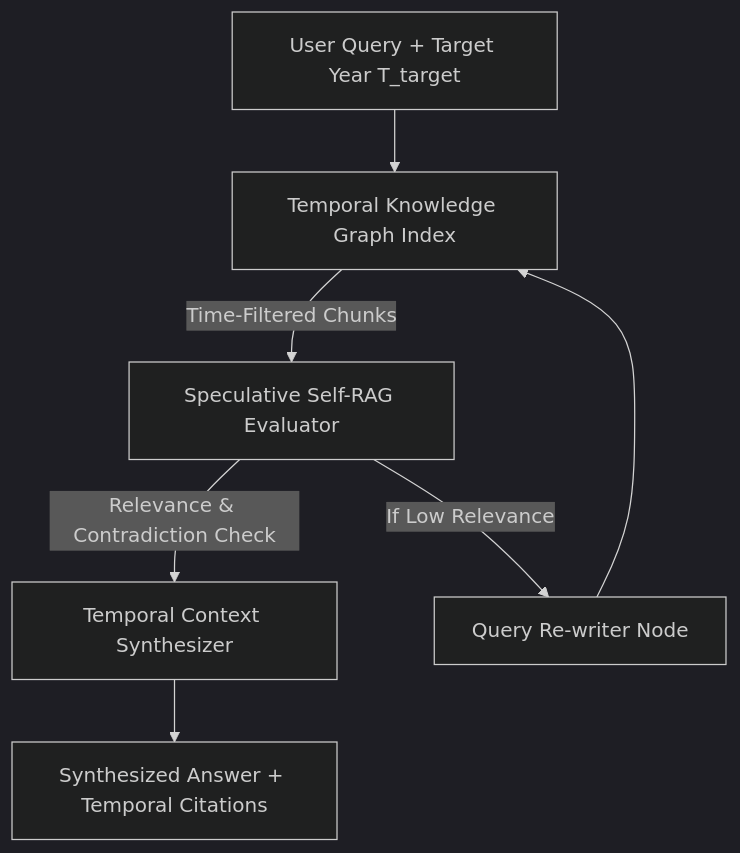
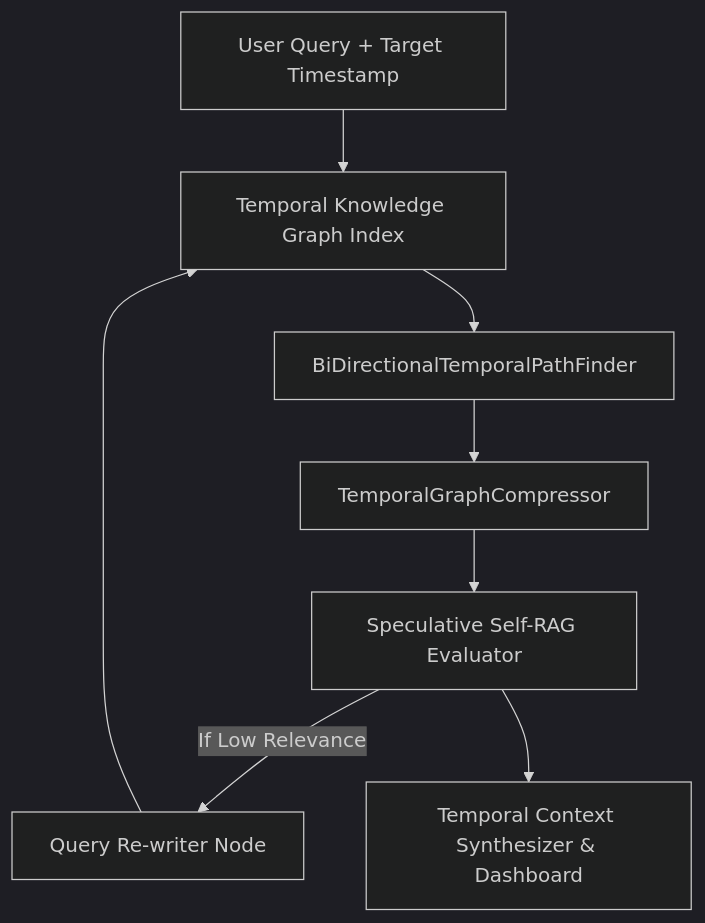
One commit to anderdebona/self-corrective-temporal-graph-rag changed the diagram in README.md. Above: the diagram before and after it, drawn with Mermaid (dark theme). The commit also changed other lines of this file and 9 other files, not shown here.

Commit message:
feat(v4.0.0): add TemporalGraphCompressor, BiDirectionalTemporalPathFinder, CI/CD, and Roadmap

````diff
--- a/README.md
+++ b/README.md
@@ -35,9 +45,10 @@
 ```mermaid
 graph TD
-    Query[User Query + Target Year T_target] --> TemporalRetriever[Temporal Knowledge Graph Index]
-    TemporalRetriever -->|Time-Filtered Chunks| Evaluator[Speculative Self-RAG Evaluator]
-    Evaluator -->|Relevance & Contradiction Check| Generator[Temporal Context Synthesizer]
+    Query[User Query + Target Timestamp] --> TemporalRetriever[Temporal Knowledge Graph Index]
+    TemporalRetriever --> PathFinder[BiDirectionalTemporalPathFinder]
+    PathFinder --> Compressor[TemporalGraphCompressor]
+    Compressor --> Evaluator[Speculative Self-RAG Evaluator]
     Evaluator -->|If Low Relevance| Rewriter[Query Re-writer Node]
     Rewriter --> TemporalRetriever
-    Generator --> Output[Synthesized Answer + Temporal Citations]
+    Evaluator --> Synthesizer[Temporal Context Synthesizer & Dashboard]
 ```
````
